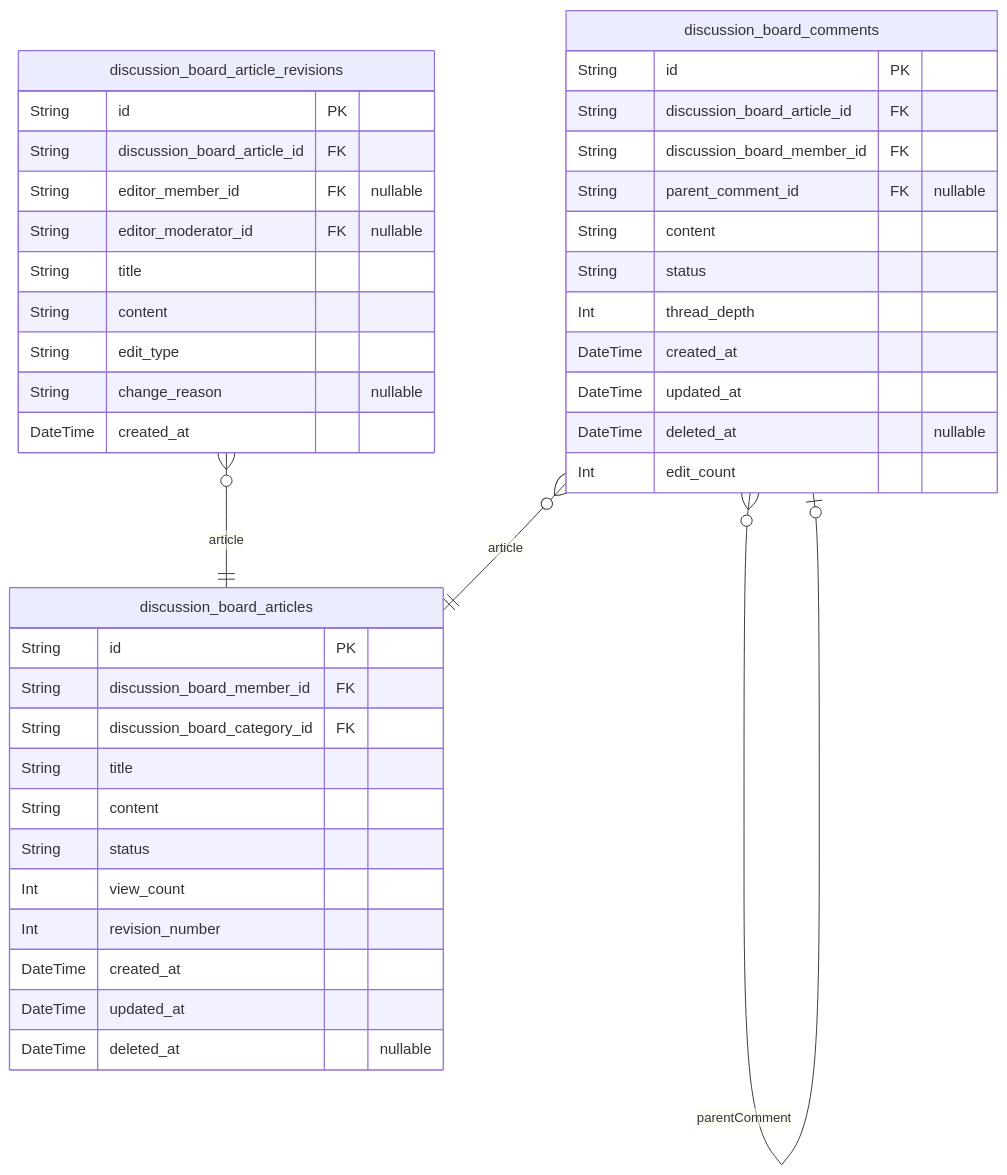
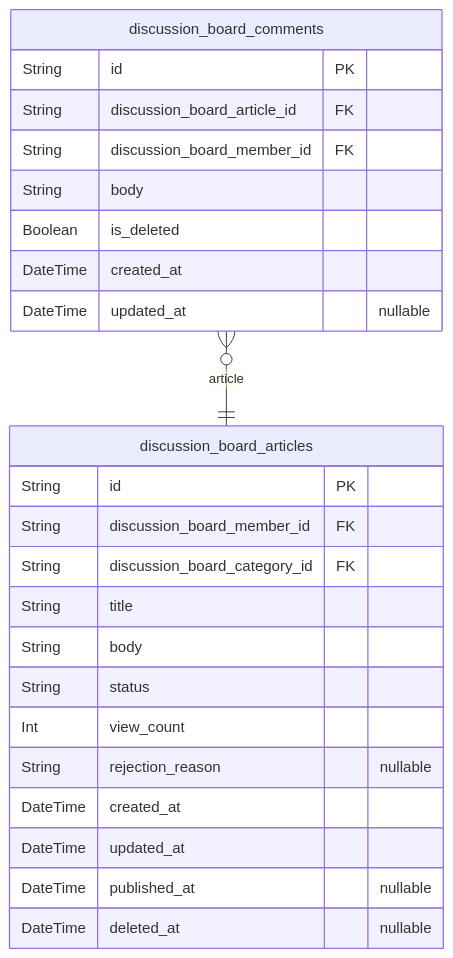
Before and after one commit to wrtnlabs/autobe-examples: the fourth of 7 diagrams in anthropic/claude-haiku-4.5/bbs/docs/ERD.md, drawn with Mermaid. The commit also changed other lines of this file and 22498 other files, not shown here.

````diff
--- a/anthropic/claude-haiku-4.5/bbs/docs/ERD.md
+++ b/anthropic/claude-haiku-4.5/bbs/docs/ERD.md
@@ -261,43 +576,27 @@
 ```mermaid
 erDiagram
 "discussion_board_articles" {
   String id PK
   String discussion_board_member_id FK
   String discussion_board_category_id FK
   String title
-  String content
+  String body
   String status
   Int view_count
-  Int revision_number
+  String rejection_reason "nullable"
   DateTime created_at
   DateTime updated_at
+  DateTime published_at "nullable"
   DateTime deleted_at "nullable"
-}
-"discussion_board_article_revisions" {
-  String id PK
-  String discussion_board_article_id FK
-  String editor_member_id FK "nullable"
-  String editor_moderator_id FK "nullable"
-  String title
-  String content
-  String edit_type
-  String change_reason "nullable"
-  DateTime created_at
 }
 "discussion_board_comments" {
   String id PK
   String discussion_board_article_id FK
   String discussion_board_member_id FK
-  String parent_comment_id FK "nullable"
-  String content
-  String status
-  Int thread_depth
+  String body
+  Boolean is_deleted
   DateTime created_at
-  DateTime updated_at
-  DateTime deleted_at "nullable"
-  Int edit_count
+  DateTime updated_at "nullable"
 }
-"discussion_board_article_revisions" }o--|| "discussion_board_articles" : article
 "discussion_board_comments" }o--|| "discussion_board_articles" : article
-"discussion_board_comments" }o--o| "discussion_board_comments" : parentComment
 ```
````
